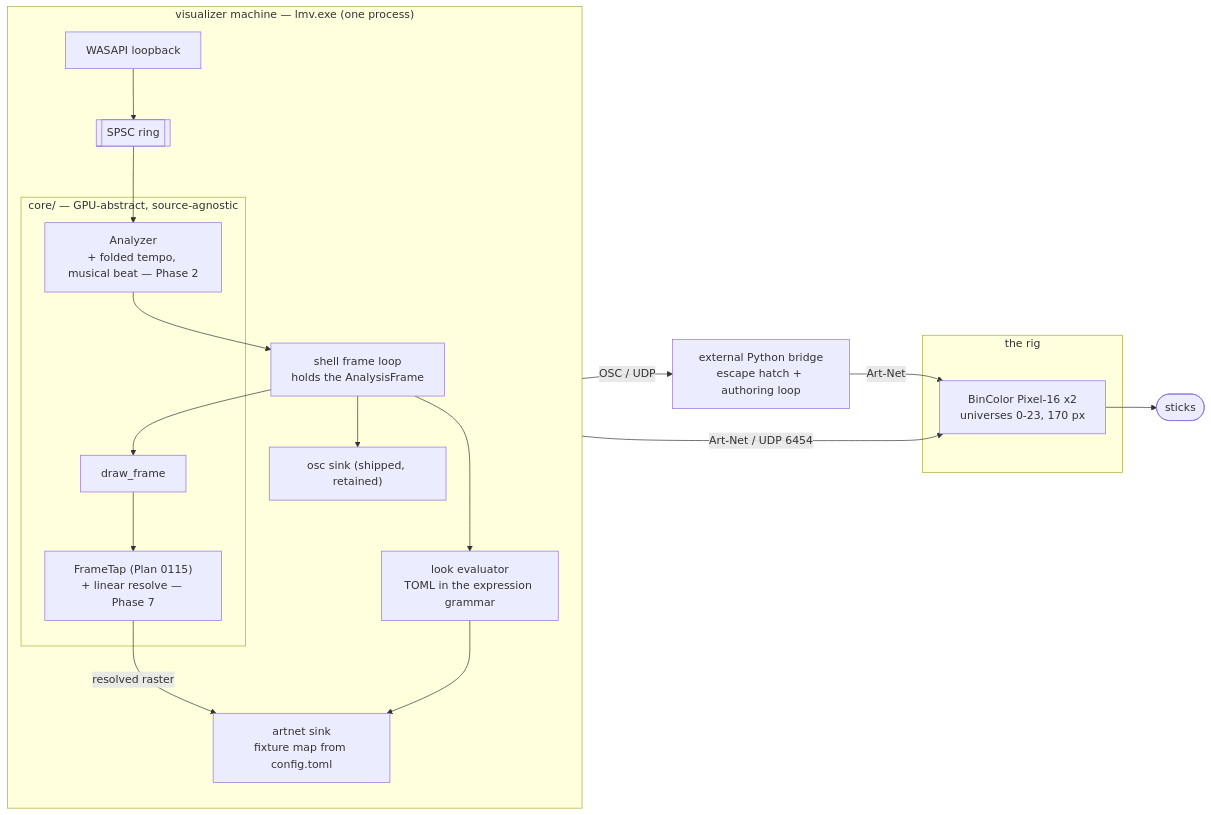
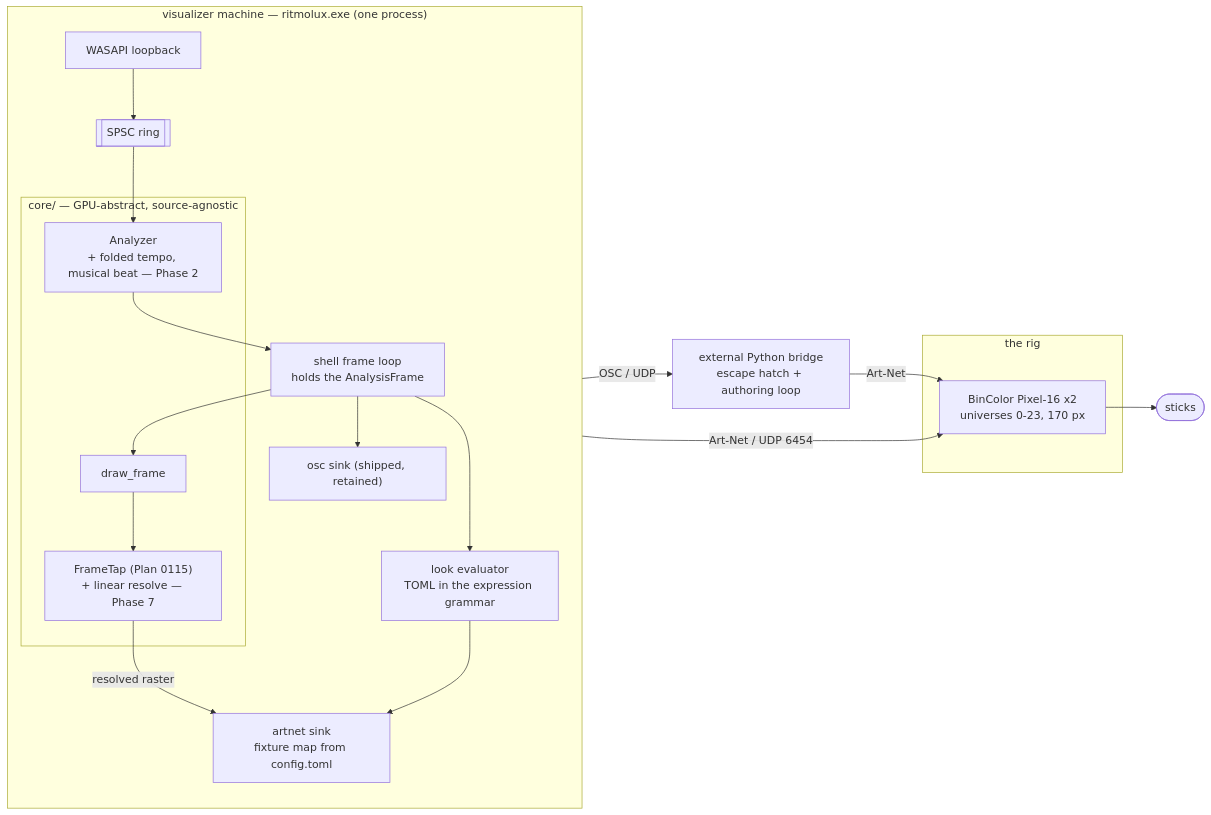
The diagram in docs/plans/0133-the-engine-drives-the-lights.md (IgorKonovalov/Ritmolux), drawn with Mermaid before and after one commit. The commit also changed other lines of this file and 101 other files, not shown here.

````diff
--- a/docs/plans/0133-the-engine-drives-the-lights.md
+++ b/docs/plans/0133-the-engine-drives-the-lights.md
@@ -62,29 +62,29 @@
 ```mermaid
 flowchart LR
-    subgraph vis["visualizer machine — lmv.exe (one process)"]
+    subgraph vis["visualizer machine — ritmolux.exe (one process)"]
         direction TB
         wasapi["WASAPI loopback"]
         ring[["SPSC ring"]]
         subgraph core["core/ — GPU-abstract, source-agnostic"]
             an["Analyzer<br/>+ folded tempo, musical beat — Phase 2"]
             df["draw_frame"]
             tap["FrameTap (Plan 0115)<br/>+ linear resolve — Phase 7"]
         end
         loop["shell frame loop<br/>holds the AnalysisFrame"]
         look["look evaluator<br/>TOML in the expression grammar"]
         artnet["artnet sink<br/>fixture map from config.toml"]
         osc["osc sink (shipped, retained)"]
     end
     subgraph rig["the rig"]
         nodes["BinColor Pixel-16 x2<br/>universes 0-23, 170 px"]
     end
     lamps(["sticks"])
     bridge["external Python bridge<br/>escape hatch + authoring loop"]
 
     wasapi --> ring --> an --> loop
     loop --> df --> tap -->|"resolved raster"| artnet
     loop --> look --> artnet
     loop --> osc
     artnet -->|"Art-Net / UDP 6454"| nodes --> lamps
     osc -->|"OSC / UDP"| bridge -->|"Art-Net"| nodes
 ```
````
